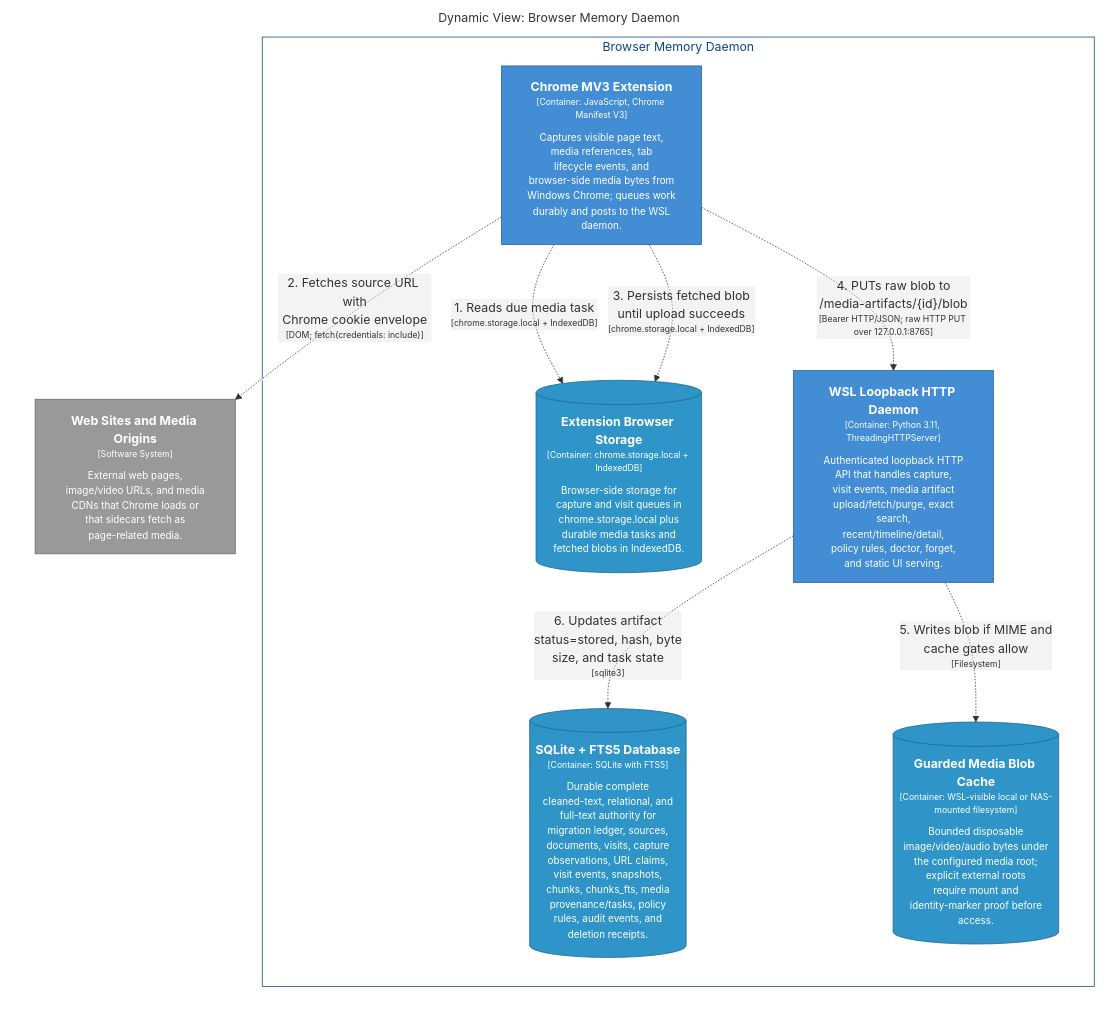
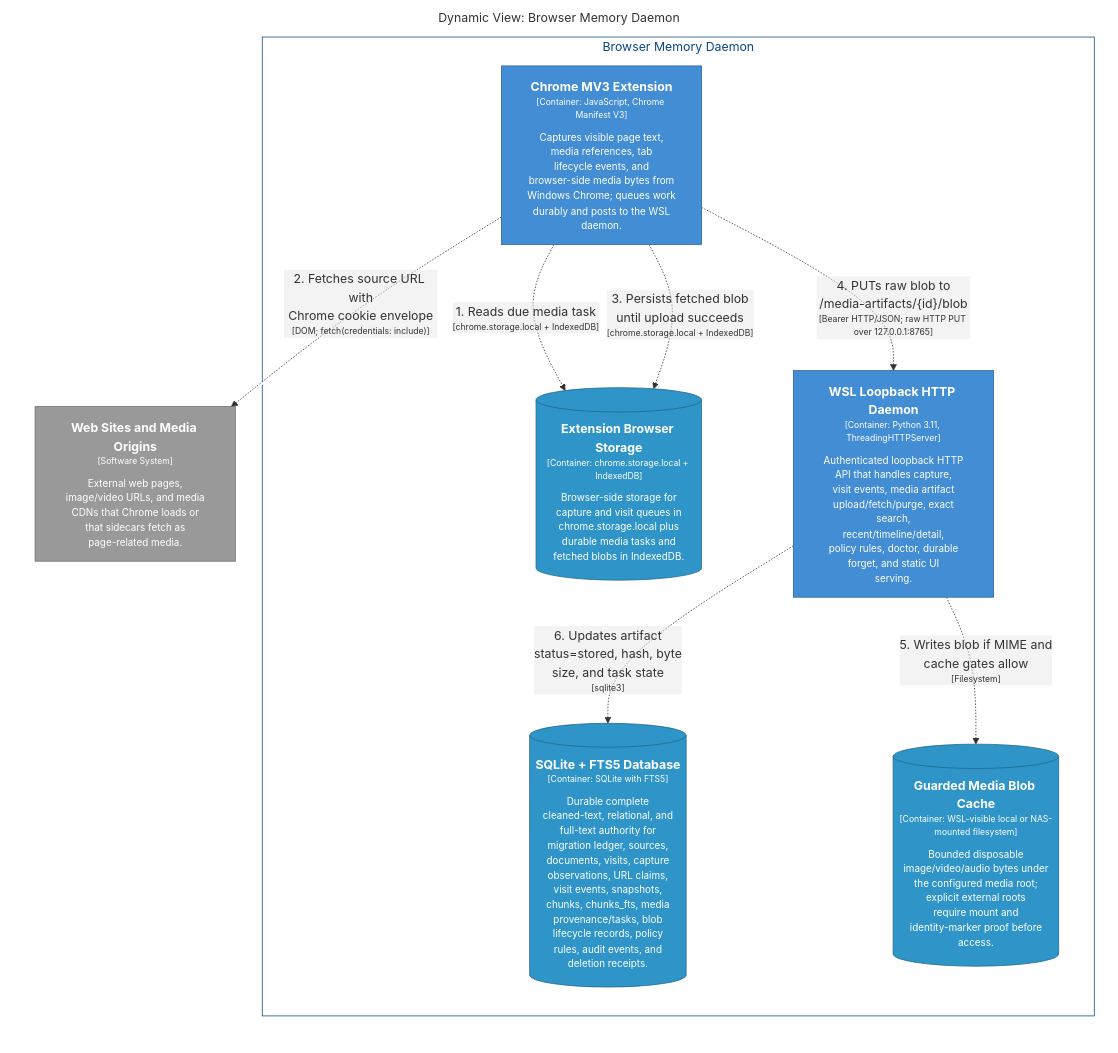
Before and after one commit to michaelnicks0/browser-memory-daemon: the diagram in docs/architecture/diagrams/markdown/CredentialedMediaSidecarFlow.md, drawn with Mermaid. The commit also changed 201 other files, not shown here.

````diff
--- a/docs/architecture/diagrams/markdown/CredentialedMediaSidecarFlow.md
+++ b/docs/architecture/diagrams/markdown/CredentialedMediaSidecarFlow.md
@@ -16,34 +16,34 @@
 ```mermaid
 graph LR
   linkStyle default fill:#ffffff
 
   subgraph diagram ["Dynamic View: Browser Memory Daemon"]
     style diagram fill:#ffffff,stroke:#ffffff
 
     subgraph 4 ["Browser Memory Daemon"]
       style 4 fill:#ffffff,stroke:#0b4884,color:#0b4884
 
       13[("<div style='font-weight: bold'>Extension Browser Storage</div><div style='font-size: 70%; margin-top: 0px'>[Container: chrome.storage.local + IndexedDB]</div><div style='font-size: 80%; margin-top:10px'>Browser-side storage for<br />capture and visit queues in<br />chrome.storage.local plus<br />durable media tasks and<br />fetched blobs in IndexedDB.</div>")]
       style 13 fill:#2f95c8,stroke:#20688c,color:#ffffff
-      14["<div style='font-weight: bold'>WSL Loopback HTTP Daemon</div><div style='font-size: 70%; margin-top: 0px'>[Container: Python 3.11, ThreadingHTTPServer]</div><div style='font-size: 80%; margin-top:10px'>Authenticated loopback HTTP<br />API that handles capture,<br />visit events, media artifact<br />upload/fetch/purge, exact<br />search,<br />recent/timeline/detail,<br />policy rules, doctor, forget,<br />and static UI serving.</div>"]
+      14["<div style='font-weight: bold'>WSL Loopback HTTP Daemon</div><div style='font-size: 70%; margin-top: 0px'>[Container: Python 3.11, ThreadingHTTPServer]</div><div style='font-size: 80%; margin-top:10px'>Authenticated loopback HTTP<br />API that handles capture,<br />visit events, media artifact<br />upload/fetch/purge, exact<br />search,<br />recent/timeline/detail,<br />policy rules, doctor, durable<br />forget, and static UI<br />serving.</div>"]
       style 14 fill:#438dd5,stroke:#2e6295,color:#ffffff
-      29[("<div style='font-weight: bold'>SQLite + FTS5 Database</div><div style='font-size: 70%; margin-top: 0px'>[Container: SQLite with FTS5]</div><div style='font-size: 80%; margin-top:10px'>Durable complete<br />cleaned-text, relational, and<br />full-text authority for<br />migration ledger, sources,<br />documents, visits, capture<br />observations, URL claims,<br />visit events, snapshots,<br />chunks, chunks_fts, media<br />provenance/tasks, policy<br />rules, audit events, and<br />deletion receipts.</div>")]
-      style 29 fill:#2f95c8,stroke:#20688c,color:#ffffff
-      31[("<div style='font-weight: bold'>Guarded Media Blob Cache</div><div style='font-size: 70%; margin-top: 0px'>[Container: WSL-visible local or NAS-mounted filesystem]</div><div style='font-size: 80%; margin-top:10px'>Bounded disposable<br />image/video/audio bytes under<br />the configured media root;<br />explicit external roots<br />require mount and<br />identity-marker proof before<br />access.</div>")]
-      style 31 fill:#2f95c8,stroke:#20688c,color:#ffffff
+      30[("<div style='font-weight: bold'>SQLite + FTS5 Database</div><div style='font-size: 70%; margin-top: 0px'>[Container: SQLite with FTS5]</div><div style='font-size: 80%; margin-top:10px'>Durable complete<br />cleaned-text, relational, and<br />full-text authority for<br />migration ledger, sources,<br />documents, visits, capture<br />observations, URL claims,<br />visit events, snapshots,<br />chunks, chunks_fts, media<br />provenance/tasks, blob<br />lifecycle records, policy<br />rules, audit events, and<br />deletion receipts.</div>")]
+      style 30 fill:#2f95c8,stroke:#20688c,color:#ffffff
+      32[("<div style='font-weight: bold'>Guarded Media Blob Cache</div><div style='font-size: 70%; margin-top: 0px'>[Container: WSL-visible local or NAS-mounted filesystem]</div><div style='font-size: 80%; margin-top:10px'>Bounded disposable<br />image/video/audio bytes under<br />the configured media root;<br />explicit external roots<br />require mount and<br />identity-marker proof before<br />access.</div>")]
+      style 32 fill:#2f95c8,stroke:#20688c,color:#ffffff
       5["<div style='font-weight: bold'>Chrome MV3 Extension</div><div style='font-size: 70%; margin-top: 0px'>[Container: JavaScript, Chrome Manifest V3]</div><div style='font-size: 80%; margin-top:10px'>Captures visible page text,<br />media references, tab<br />lifecycle events, and<br />browser-side media bytes from<br />Windows Chrome; queues work<br />durably and posts to the WSL<br />daemon.</div>"]
       style 5 fill:#438dd5,stroke:#2e6295,color:#ffffff
     end
 
     3["<div style='font-weight: bold'>Web Sites and Media Origins</div><div style='font-size: 70%; margin-top: 0px'>[Software System]</div><div style='font-size: 80%; margin-top:10px'>External web pages,<br />image/video URLs, and media<br />CDNs that Chrome loads or<br />that sidecars fetch as<br />page-related media.</div>"]
     style 3 fill:#999999,stroke:#6b6b6b,color:#ffffff
 
     5-. "<div>1. Reads due media task</div><div style='font-size: 70%'>[chrome.storage.local + IndexedDB]</div>" .->13
     5-. "<div>2. Fetches source URL with<br />Chrome cookie envelope</div><div style='font-size: 70%'>[DOM; fetch(credentials: include)]</div>" .->3
     5-. "<div>3. Persists fetched blob<br />until upload succeeds</div><div style='font-size: 70%'>[chrome.storage.local + IndexedDB]</div>" .->13
     5-. "<div>4. PUTs raw blob to<br />/media-artifacts/{id}/blob</div><div style='font-size: 70%'>[Bearer HTTP/JSON; raw HTTP PUT over 127.0.0.1:8765]</div>" .->14
-    14-. "<div>5. Writes blob if MIME and<br />cache gates allow</div><div style='font-size: 70%'>[Filesystem]</div>" .->31
-    14-. "<div>6. Updates artifact<br />status=stored, hash, byte<br />size, and task state</div><div style='font-size: 70%'>[sqlite3]</div>" .->29
+    14-. "<div>5. Writes blob if MIME and<br />cache gates allow</div><div style='font-size: 70%'>[Filesystem]</div>" .->32
+    14-. "<div>6. Updates artifact<br />status=stored, hash, byte<br />size, and task state</div><div style='font-size: 70%'>[sqlite3]</div>" .->30
 
   end
 ```
````
